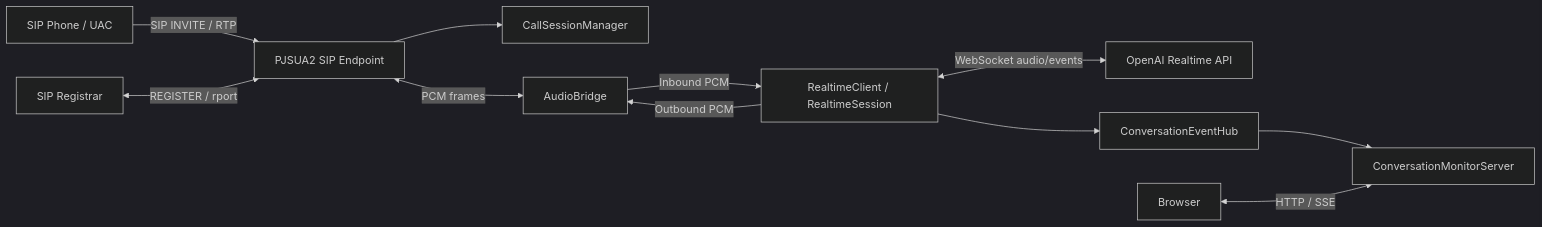
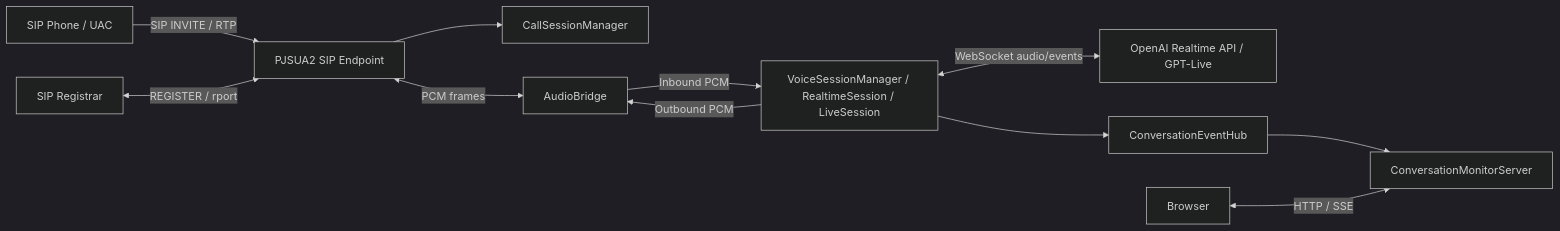
One commit to keimei-yoritaka/telephony-openai-gw changed the diagram in docs/system-design.md. Above: the diagram before and after it, drawn with Mermaid (dark theme). The commit also changed other lines of this file and 34 other files, not shown here.

````diff
--- a/docs/system-design.md
+++ b/docs/system-design.md
@@ -48,13 +49,13 @@
 ```mermaid
 flowchart LR
   Phone["SIP Phone / UAC"] -->|"SIP INVITE / RTP"| PJSIP["PJSUA2 SIP Endpoint"]
   Registrar["SIP Registrar"] <-->|"REGISTER / rport"| PJSIP
   PJSIP --> Session["CallSessionManager"]
   PJSIP <-->|"PCM frames"| Audio["AudioBridge"]
-  Audio -->|"Inbound PCM"| Realtime["RealtimeClient / RealtimeSession"]
+  Audio -->|"Inbound PCM"| Realtime["VoiceSessionManager / RealtimeSession / LiveSession"]
   Realtime -->|"Outbound PCM"| Audio
-  Realtime <-->|"WebSocket audio/events"| OpenAI["OpenAI Realtime API"]
+  Realtime <-->|"WebSocket audio/events"| OpenAI["OpenAI Realtime API / GPT-Live"]
   Realtime --> MonitorHub["ConversationEventHub"]
   MonitorHub --> Monitor["ConversationMonitorServer"]
   Browser["Browser"] <-->|"HTTP / SSE"| Monitor
 ```
````
